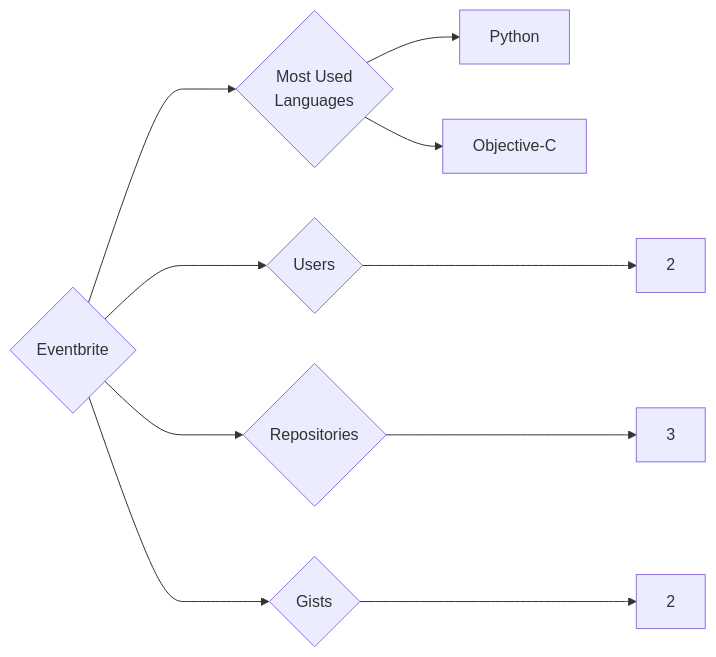
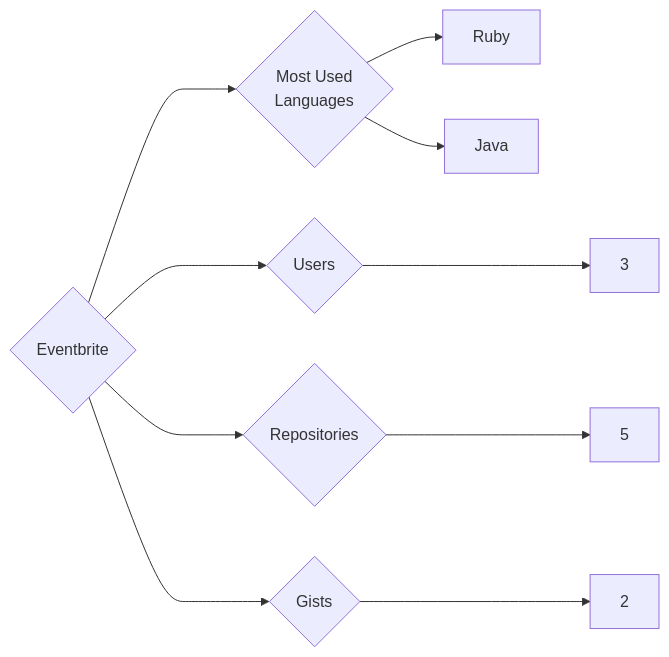
Before and after one commit to trickest/insiders: the diagram in targets/Eventbrite/README.md, drawn with Mermaid. The commit also changed 724 other files, not shown here.

````diff
--- a/targets/Eventbrite/README.md
+++ b/targets/Eventbrite/README.md
@@ -3,10 +3,10 @@
 ```mermaid
 graph LR
 COMPANY_NAME{Eventbrite}
-COMPANY_NAME ---> U{Users} ---> UN[2]
-COMPANY_NAME ---> R{Repositories} ---> RN[3]
+COMPANY_NAME ---> U{Users} ---> UN[3]
+COMPANY_NAME ---> R{Repositories} ---> RN[5]
 COMPANY_NAME ---> G{Gists} ---> GN[2]
 COMPANY_NAME ---> ML{Most Used<br>Languages}
-ML --> Python[Python]
-ML --> Objective-C[Objective-C]
+ML --> Ruby[Ruby]
+ML --> Java[Java]
 ```
````
